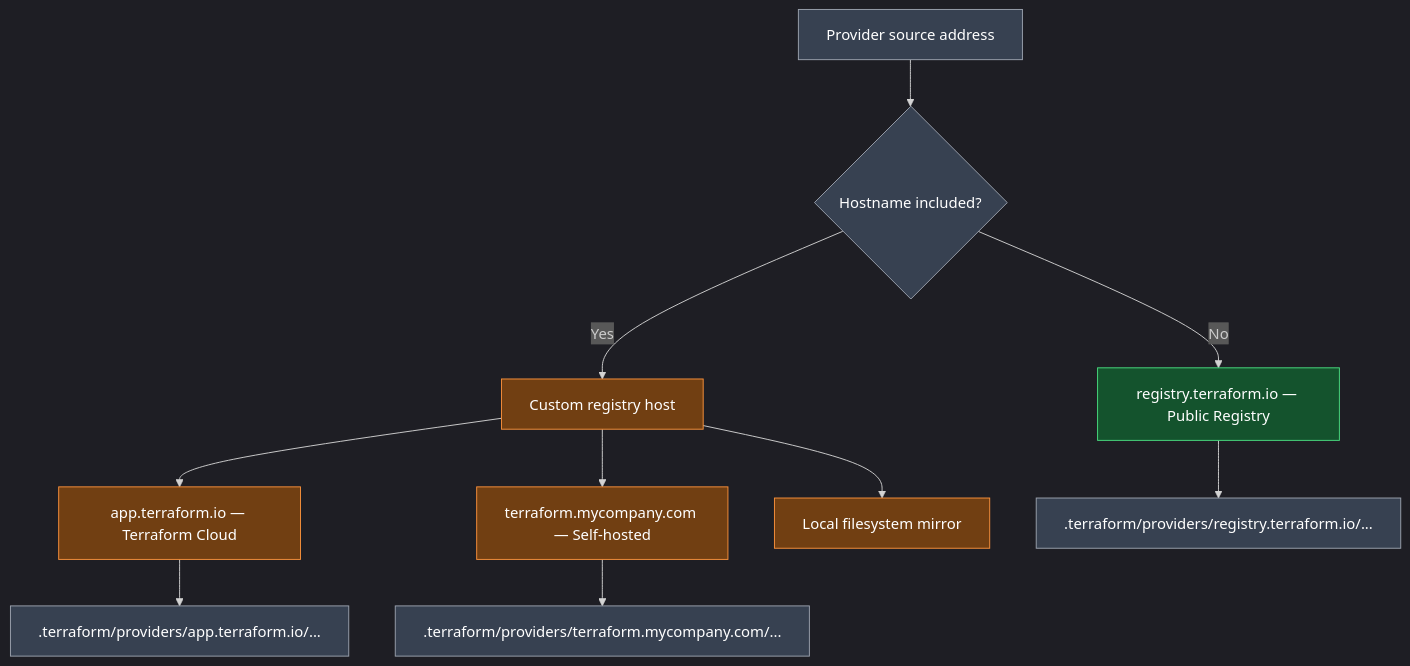
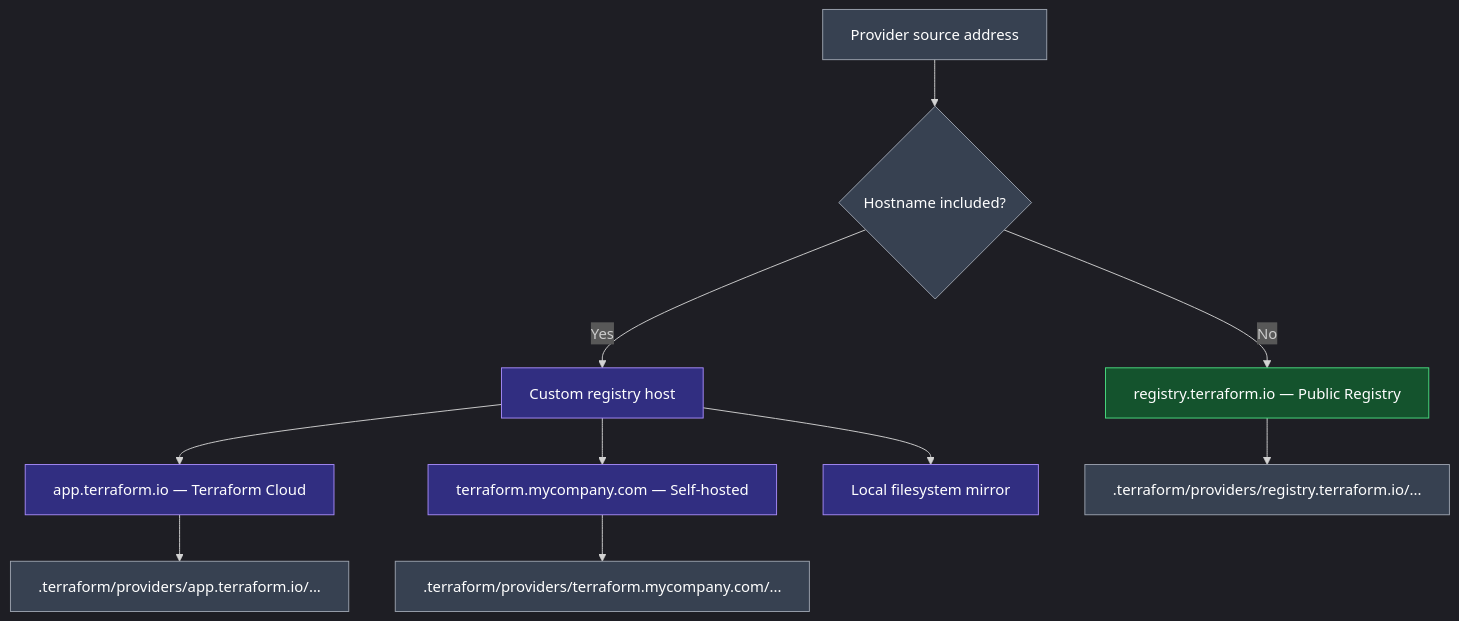
The sixth of 9 diagrams in 04_Core_Terraform_Basics/01_Terraform_Provider.md (nirajp82/Terraform_Basics), drawn with Mermaid before and after one commit. The commit also changed other lines of this file and 2 other files, not shown here.

Commit message:
Update Diagram

````diff
--- a/04_Core_Terraform_Basics/01_Terraform_Provider.md
+++ b/04_Core_Terraform_Basics/01_Terraform_Provider.md
@@ -184,24 +184,24 @@
 ```mermaid
-%%{init: {'theme': 'dark'}}%%
+%%{init: {'theme': 'dark', 'flowchart': {'htmlLabels': true}}}%%
 flowchart TD
     ADDR["Provider source address"] --> Q{"Hostname included?"}
-    Q -->|No| PUB["registry.terraform.io — Public Registry"]
+    Q -->|No| PUB["<div style='white-space:nowrap'>registry.terraform.io — Public Registry</div>"]
     Q -->|Yes| CUSTOM["Custom registry host"]
-    CUSTOM --> TFE["app.terraform.io — Terraform Cloud"]
-    CUSTOM --> SELF["terraform.mycompany.com — Self-hosted"]
+    CUSTOM --> TFE["<div style='white-space:nowrap'>app.terraform.io — Terraform Cloud</div>"]
+    CUSTOM --> SELF["<div style='white-space:nowrap'>terraform.mycompany.com — Self-hosted</div>"]
     CUSTOM --> MIRROR["Local filesystem mirror"]
-    PUB --> PATH1[".terraform/providers/registry.terraform.io/..."]
-    TFE --> PATH2[".terraform/providers/app.terraform.io/..."]
-    SELF --> PATH3[".terraform/providers/terraform.mycompany.com/..."]
+    PUB --> PATH1["<div style='white-space:nowrap'>.terraform/providers/registry.terraform.io/...</div>"]
+    TFE --> PATH2["<div style='white-space:nowrap'>.terraform/providers/app.terraform.io/...</div>"]
+    SELF --> PATH3["<div style='white-space:nowrap'>.terraform/providers/terraform.mycompany.com/...</div>"]
 
     style ADDR fill:#374151,stroke:#9ca3af,color:#ffffff
     style Q fill:#374151,stroke:#9ca3af,color:#ffffff
     style PUB fill:#14532d,stroke:#4ade80,color:#ffffff
-    style CUSTOM fill:#713f12,stroke:#fb923c,color:#ffffff
-    style TFE fill:#713f12,stroke:#fb923c,color:#ffffff
-    style SELF fill:#713f12,stroke:#fb923c,color:#ffffff
-    style MIRROR fill:#713f12,stroke:#fb923c,color:#ffffff
+    style CUSTOM fill:#312e81,stroke:#a78bfa,color:#ffffff
+    style TFE fill:#312e81,stroke:#a78bfa,color:#ffffff
+    style SELF fill:#312e81,stroke:#a78bfa,color:#ffffff
+    style MIRROR fill:#312e81,stroke:#a78bfa,color:#ffffff
     style PATH1 fill:#374151,stroke:#9ca3af,color:#ffffff
     style PATH2 fill:#374151,stroke:#9ca3af,color:#ffffff
     style PATH3 fill:#374151,stroke:#9ca3af,color:#ffffff
 ```
````
